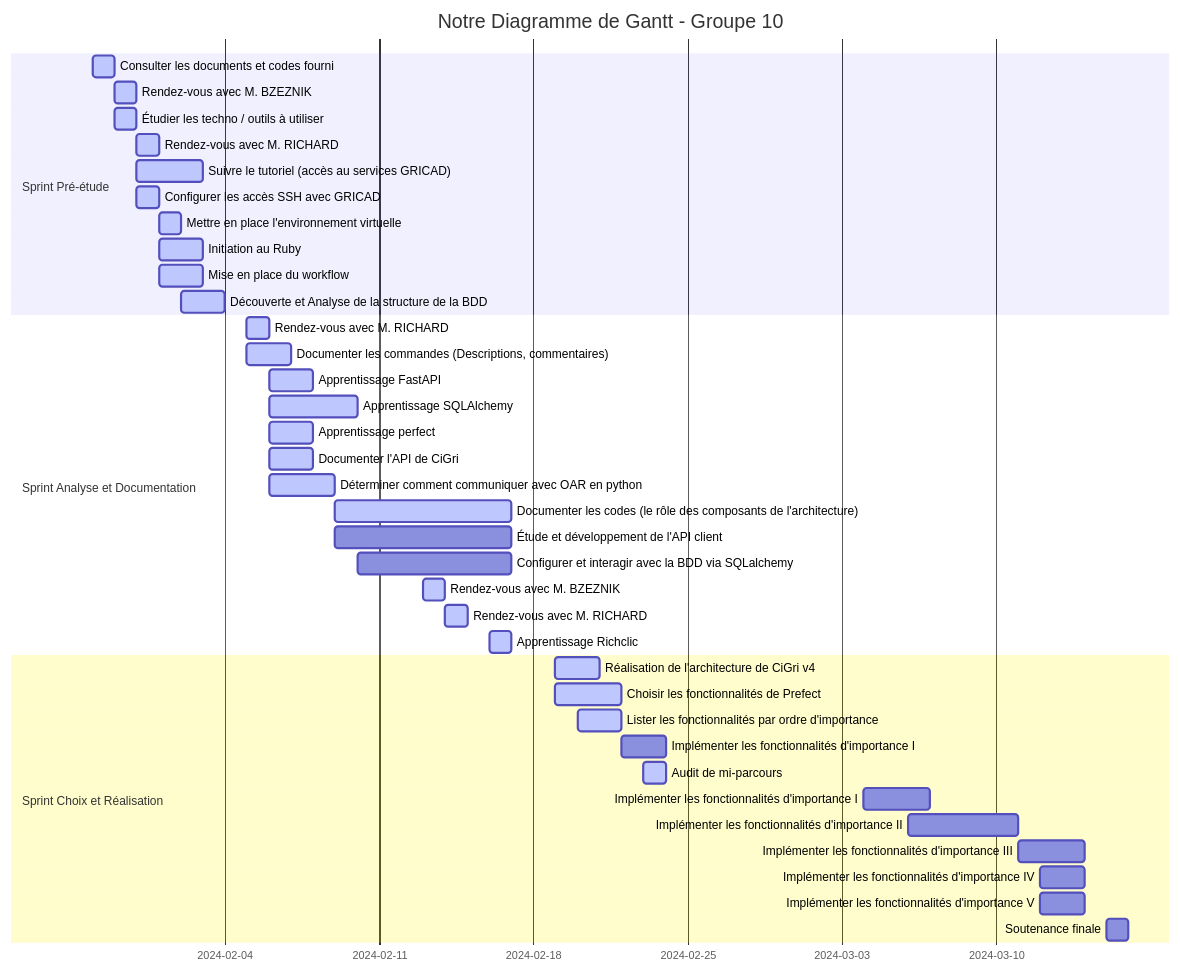
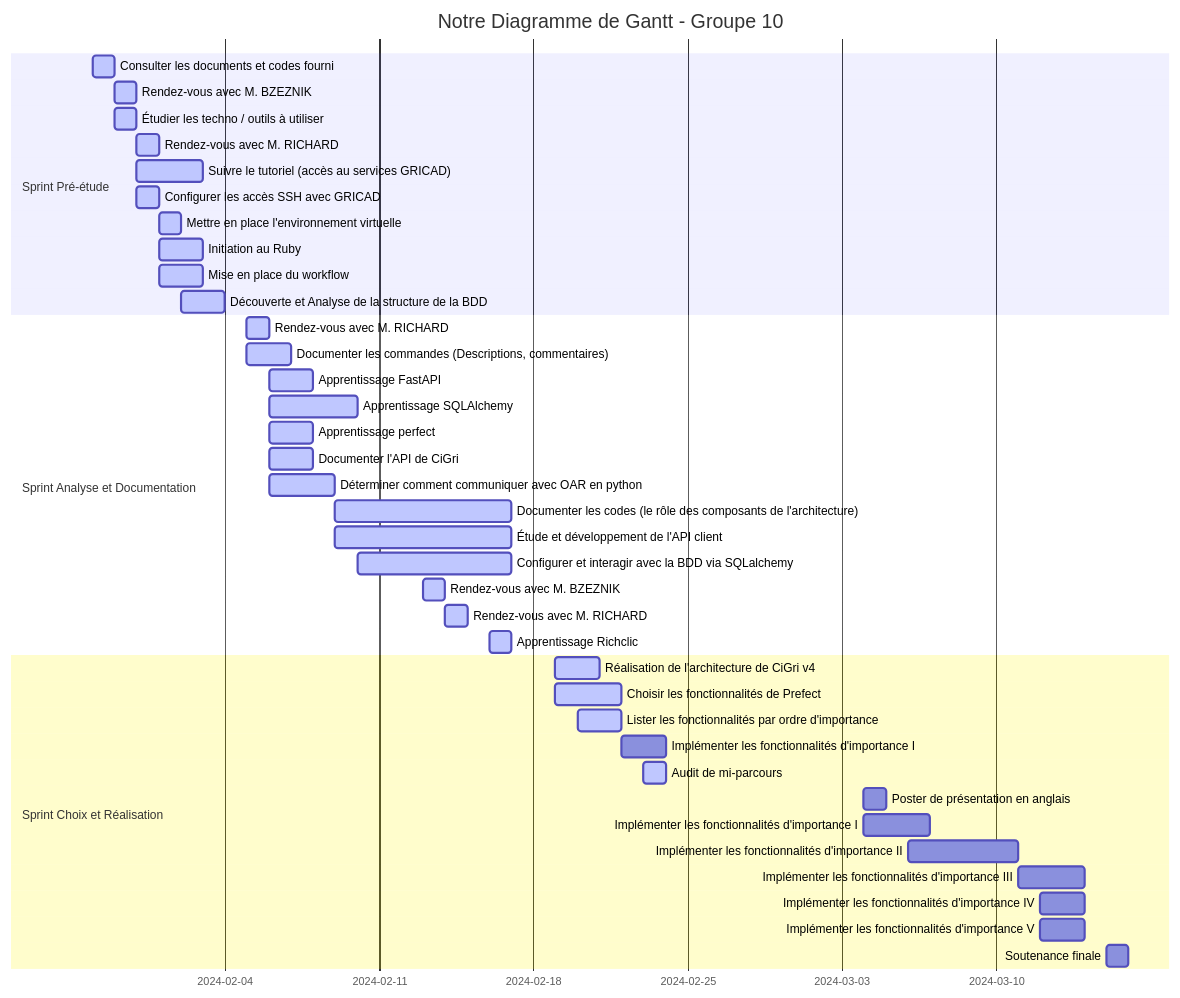
The diagram in gantt_diagram.md (2023-2024-PROJET-S10-G10/docs), drawn with Mermaid before and after one commit. The commit also changed 3 other files, not shown here.

Commit message:
updated backlog, gantt and daily

````diff
--- a/gantt_diagram.md
+++ b/gantt_diagram.md
@@ -1,42 +1,43 @@
 ```mermaid
 gantt
     title Notre Diagramme de Gantt - Groupe 10
     dateFormat YYYY-MM-DD
     section Sprint Pré-étude
         Consulter les documents et codes fourni                         :active, 2024-01-29, 1d
         Rendez-vous avec M. BZEZNIK                                     :active, 2024-01-30, 1d
         Étudier les techno / outils à utiliser                          :active, 2024-01-30, 1d
         Rendez-vous avec M. RICHARD                                     :active, 2024-01-31, 1d
         Suivre le tutoriel (accès au services GRICAD)                   :active, 2024-01-31, 3d
         Configurer les accès SSH avec GRICAD                            :active, 2024-01-31, 1d
         Mettre en place l'environnement virtuelle                       :active, 2024-02-01, 1d
         Initiation au Ruby                                              :active, 2024-02-01, 2d
         Mise en place du workflow                                       :active, 2024-02-01, 2d
         Découverte et Analyse de la structure de la BDD                 :active, 2024-02-02, 2d
     section Sprint Analyse et Documentation
         Rendez-vous avec M. RICHARD                                     :active, 2024-02-05, 1d
         Documenter les commandes (Descriptions, commentaires)           :active, 2024-02-05, 2d
         Apprentissage FastAPI                                           :active, 2024-02-06, 2d
         Apprentissage SQLAlchemy                                        :active, 2024-02-06, 4d
         Apprentissage perfect                                           :active, 2024-02-06, 2d
         Documenter l'API de CiGri                                       :active, 2024-02-06, 2d
         Déterminer comment communiquer avec OAR en python               :active, 2024-02-06, 3d
         Documenter les codes (le rôle des composants de l'architecture) :active, 2024-02-09, 8d
-        Étude et développement de l'API client                          : 2024-02-09, 8d
-        Configurer et interagir avec la BDD via SQLalchemy              : 2024-02-10, 7d
+        Étude et développement de l'API client                          :active, 2024-02-09, 8d
+        Configurer et interagir avec la BDD via SQLalchemy              :active, 2024-02-10, 7d
         Rendez-vous avec M. BZEZNIK                                     :active, 2024-02-13, 1d
         Rendez-vous avec M. RICHARD                                     :active, 2024-02-14, 1d
         Apprentissage Richclic                                          :active, 2024-02-16, 1d
     section Sprint Choix et Réalisation
         Réalisation de l'architecture de CiGri v4                       :active, 2024-02-19, 2d
         Choisir les fonctionnalités de Prefect                          :active, 2024-02-19, 3d
         Lister les fonctionnalités par ordre d'importance               :active, 2024-02-20, 2d
         Implémenter les fonctionnalités d'importance I                  : 2024-02-22, 2d
         Audit de mi-parcours                                            :active, 2024-02-23, 1d
+        Poster de présentation en anglais                               : 2024-03-04, 1d
         Implémenter les fonctionnalités d'importance I                  : 2024-03-04, 3d
         Implémenter les fonctionnalités d'importance II                 : 2024-03-06, 5d
         Implémenter les fonctionnalités d'importance III                : 2024-03-11, 3d
         Implémenter les fonctionnalités d'importance IV                 : 2024-03-12, 2d
         Implémenter les fonctionnalités d'importance V                  : 2024-03-12, 2d
         Soutenance finale                                               : 2024-03-15, 1d
 ```
````
